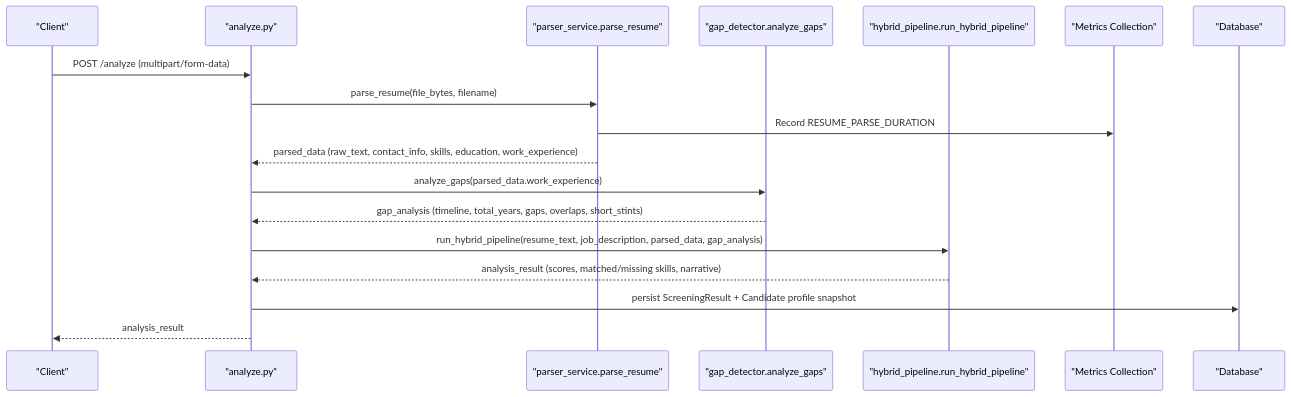
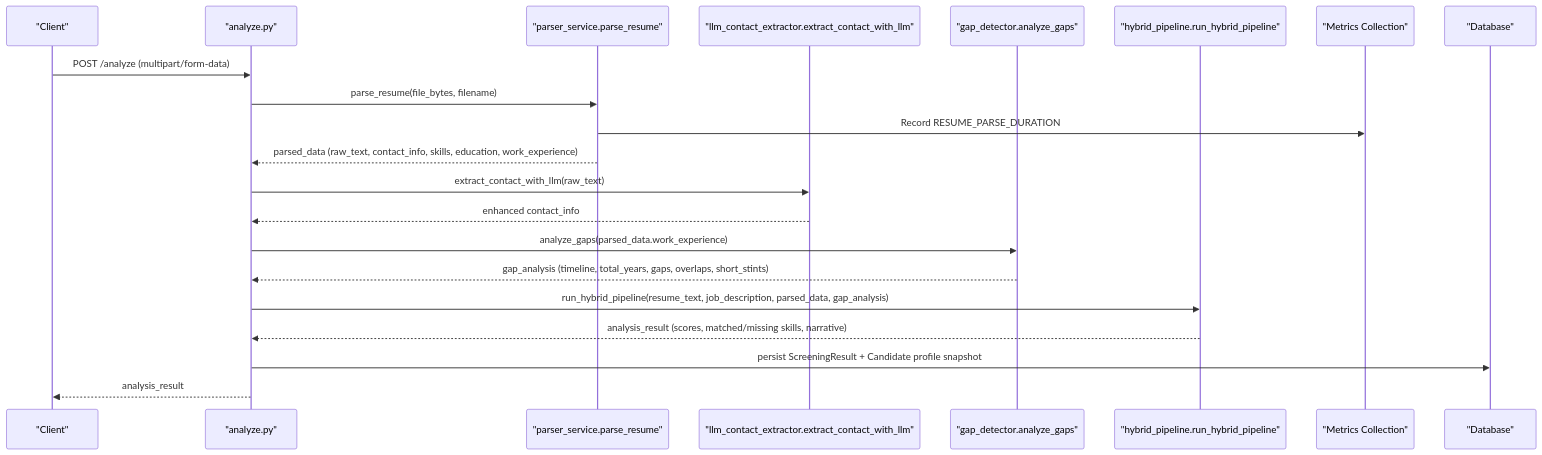
One commit to Revanththetalogics/aireume changed the second of 18 diagrams in .qoder/repowiki/en/content/Analysis Engine/Parser Service.md. Above: the diagram before and after it, drawn with Mermaid. The commit also changed other lines of this file and 20 other files, not shown here.

````diff
--- a/.qoder/repowiki/en/content/Analysis Engine/Parser Service.md
+++ b/.qoder/repowiki/en/content/Analysis Engine/Parser Service.md
@@ -138,20 +161,23 @@
 ```mermaid
 sequenceDiagram
 participant Client as "Client"
 participant Route as "analyze.py"
 participant Parser as "parser_service.parse_resume"
+participant LLM as "llm_contact_extractor.extract_contact_with_llm"
 participant Gap as "gap_detector.analyze_gaps"
 participant Hybrid as "hybrid_pipeline.run_hybrid_pipeline"
 participant Metrics as "Metrics Collection"
 participant DB as "Database"
 Client->>Route : POST /analyze (multipart/form-data)
 Route->>Parser : parse_resume(file_bytes, filename)
 Parser->>Metrics : Record RESUME_PARSE_DURATION
 Parser-->>Route : parsed_data (raw_text, contact_info, skills, education, work_experience)
+Route->>LLM : extract_contact_with_llm(raw_text)
+LLM-->>Route : enhanced contact_info
 Route->>Gap : analyze_gaps(parsed_data.work_experience)
 Gap-->>Route : gap_analysis (timeline, total_years, gaps, overlaps, short_stints)
 Route->>Hybrid : run_hybrid_pipeline(resume_text, job_description, parsed_data, gap_analysis)
 Hybrid-->>Route : analysis_result (scores, matched/missing skills, narrative)
 Route->>DB : persist ScreeningResult + Candidate profile snapshot
 Route-->>Client : analysis_result
 ```
````
